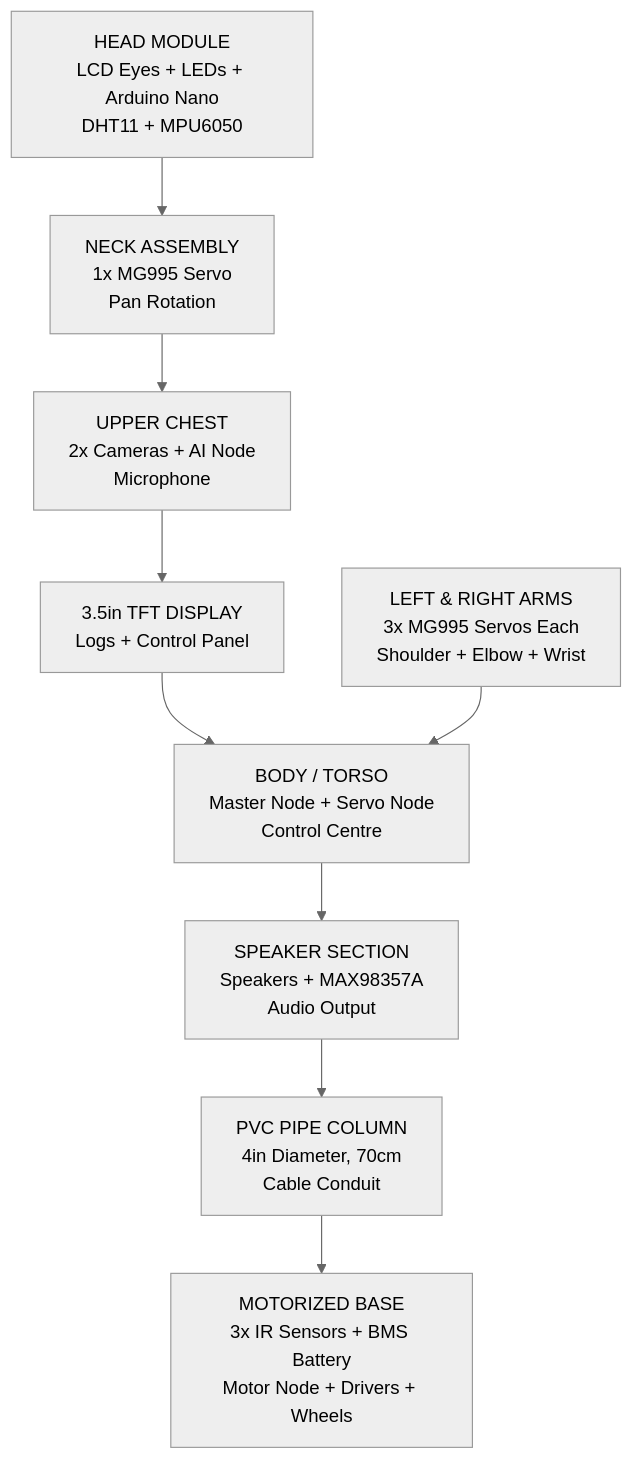
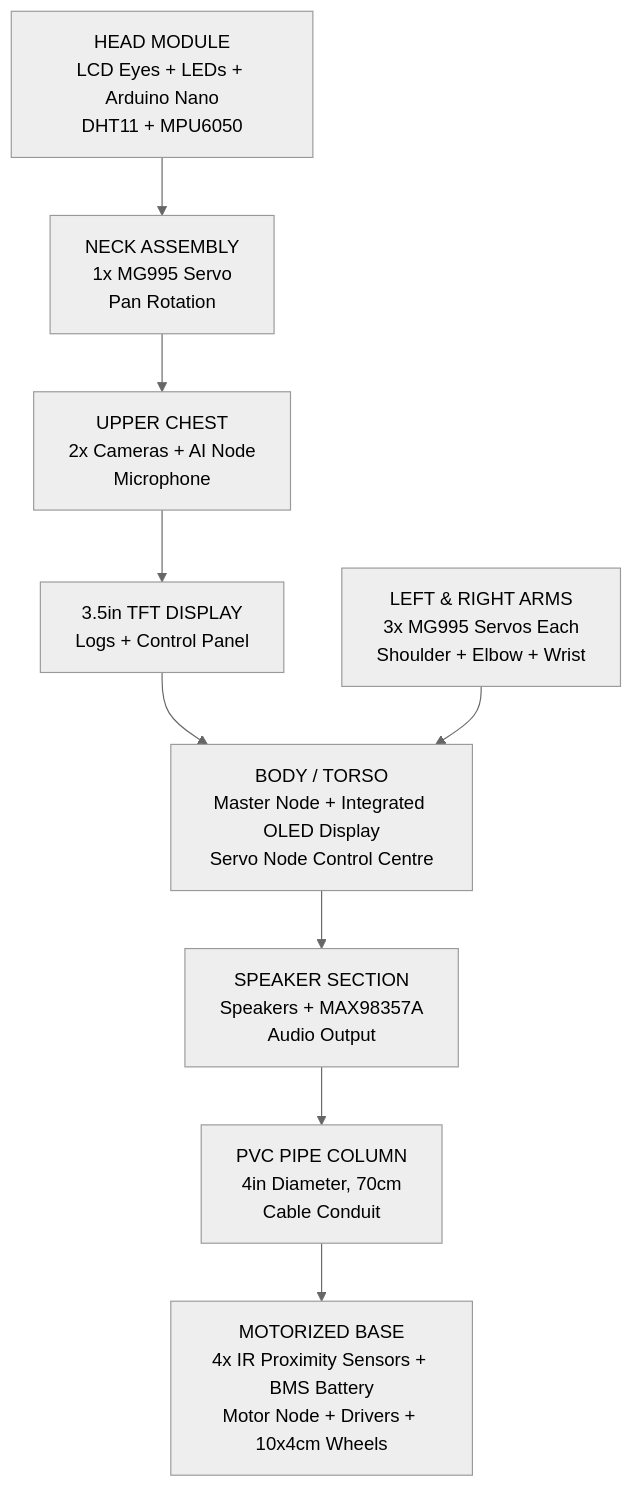
The diagram in main_site/docs/07_Mechanical/Robot_Layout.md (sakxam-xeetri/prayas), drawn with Mermaid (neutral theme) before and after one commit. The commit also changed 124 other files, not shown here.

Commit message:
feat: initialize MkDocs project documentation for PRAYAS V1 robot architecture and APIs

````diff
--- a/main_site/docs/07_Mechanical/Robot_Layout.md
+++ b/main_site/docs/07_Mechanical/Robot_Layout.md
@@ -12,21 +12,21 @@
 ```mermaid
 graph TD
     HEAD[HEAD MODULE<br/>LCD Eyes + LEDs + Arduino Nano<br/>DHT11 + MPU6050]
     NECK[NECK ASSEMBLY<br/>1x MG995 Servo<br/>Pan Rotation]
     UPPER[UPPER CHEST<br/>2x Cameras + AI Node<br/>Microphone]
     DISPLAY[3.5in TFT DISPLAY<br/>Logs + Control Panel]
     ARMS[LEFT & RIGHT ARMS<br/>3x MG995 Servos Each<br/>Shoulder + Elbow + Wrist]
-    BODY[BODY / TORSO<br/>Master Node + Servo Node<br/>Control Centre]
+    BODY[BODY / TORSO<br/>Master Node + Integrated OLED Display<br/>Servo Node Control Centre]
     SPEAKER[SPEAKER SECTION<br/>Speakers + MAX98357A<br/>Audio Output]
     PVC[PVC PIPE COLUMN<br/>4in Diameter, 70cm<br/>Cable Conduit]
-    BASE[MOTORIZED BASE<br/>3x IR Sensors + BMS Battery<br/>Motor Node + Drivers + Wheels]
+    BASE[MOTORIZED BASE<br/>4x IR Proximity Sensors + BMS Battery<br/>Motor Node + Drivers + 10x4cm Wheels]
 
     HEAD --> NECK
     NECK --> UPPER
     UPPER --> DISPLAY
     DISPLAY --> BODY
     ARMS --> BODY
     BODY --> SPEAKER
     SPEAKER --> PVC
     PVC --> BASE
 ```
````
